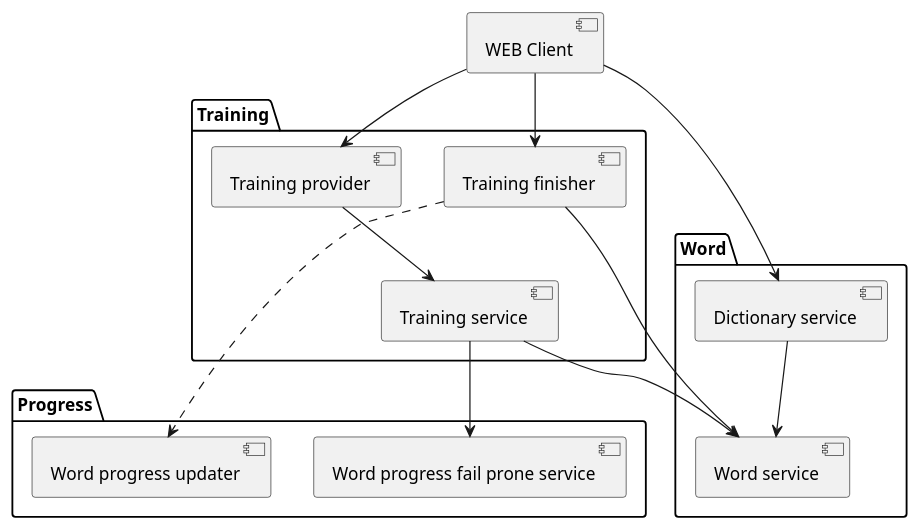
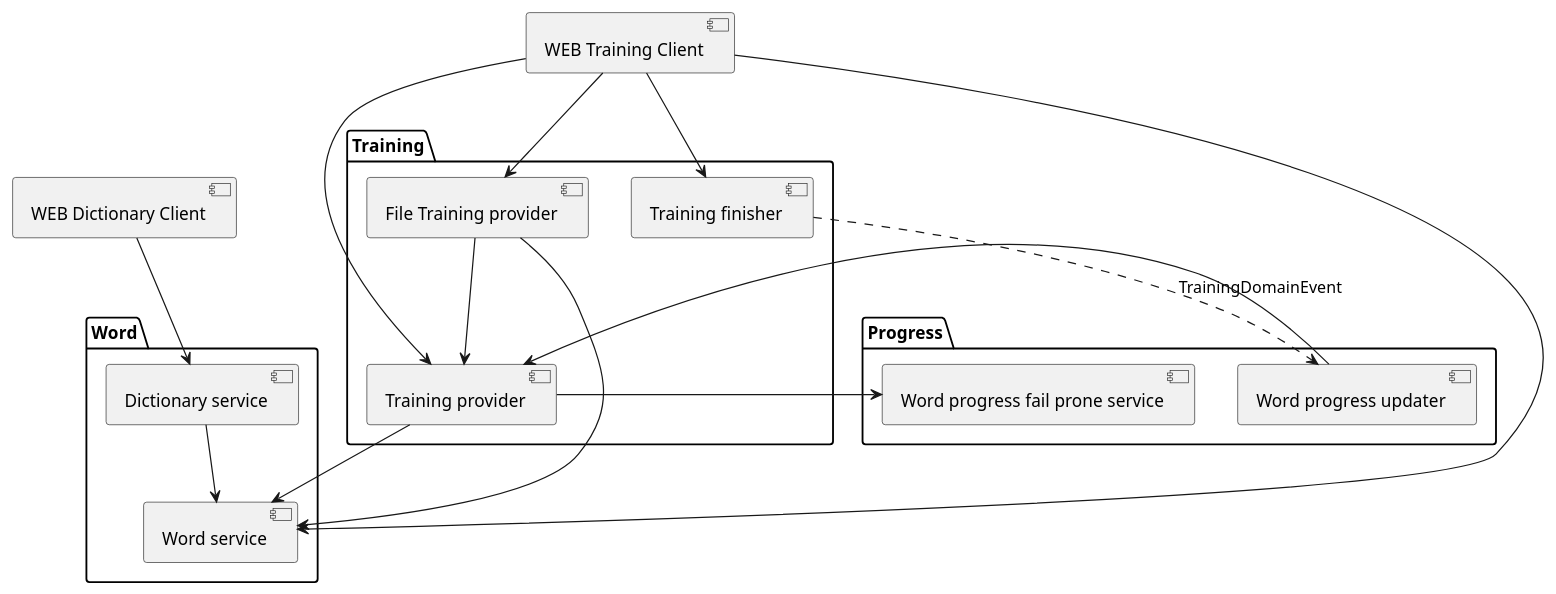
The diagram in src/main/resources/diagrams/system_diagram.puml (DmitrySibert/language-app), drawn with PlantUML before and after one commit. The commit also changed 37 other files, not shown here.

Commit message:
Training sesion redesinged to persist training words and results. Word progress interaction is redesigned to fetch training by itself. File training is moved ti application layer. Training service is removed, its functions are moved to application layer.

```diff
--- a/src/main/resources/diagrams/system_diagram.puml
+++ b/src/main/resources/diagrams/system_diagram.puml
@@ -1,31 +1,35 @@
 @startuml
 
 package "Training" {
   [Training finisher] as TrainingFinisher
   [Training provider] as TrainingProvider
-  [Training service] as TrainingService
+  [File Training provider] as FileTrainingProvider
 }
 
 package "Progress" {
   [Word progress updater] as WordProgressUpdater
   [Word progress fail prone service] as WordProgressFailProneService
 }
 
 package "Word" {
   [Word service] as WordService
   [Dictionary service] as DictionaryService
 }
 
-[WEB Client] as WebClient
+[WEB Training Client] as WebTClient
+[WEB Dictionary Client] as WebDClient
 
-WebClient --> TrainingProvider
-WebClient --> TrainingFinisher
-WebClient --> DictionaryService
-TrainingProvider --> TrainingService
-TrainingService --> WordProgressFailProneService
-TrainingService --> WordService
-TrainingFinisher ..> WordProgressUpdater
-TrainingFinisher --> WordService
+WebTClient --> TrainingProvider
+WebTClient --> FileTrainingProvider
+WebTClient --> TrainingFinisher
+WebTClient --> WordService
+WebDClient --> DictionaryService
+TrainingProvider --> WordService
+TrainingProvider --> WordProgressFailProneService
+TrainingFinisher ..> WordProgressUpdater: TrainingDomainEvent
 DictionaryService --> WordService
+WordProgressUpdater --> TrainingProvider
+FileTrainingProvider --> TrainingProvider
+FileTrainingProvider --> WordService
 
 @enduml
```
